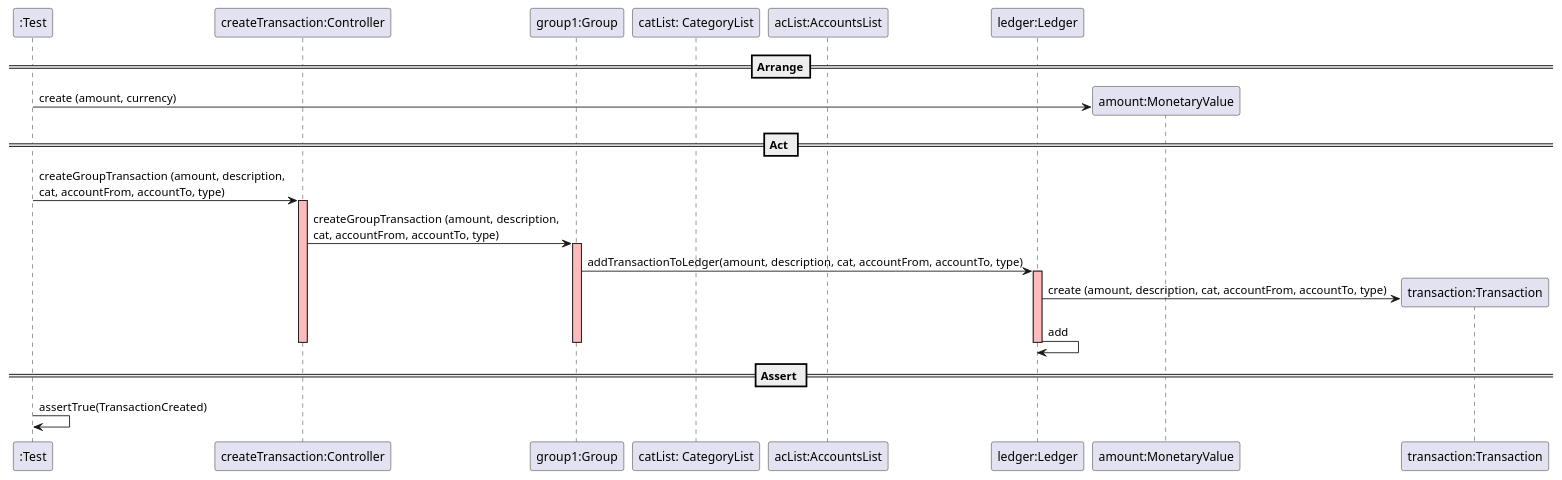
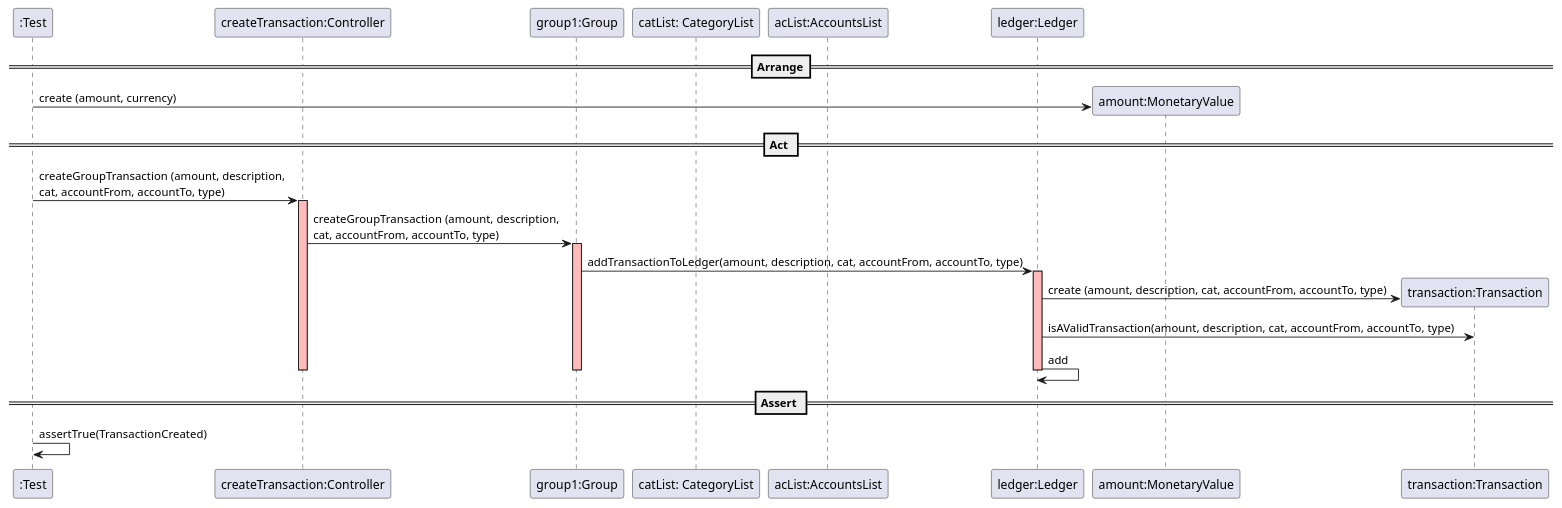
One commit to mleitaoribeiro/DevOpsMaven changed the diagram in docs/SequenceDiagram - US008.1.puml. Above: the diagram before and after it, drawn with PlantUML.

Commit message:
ref #372 - update

```diff
--- a/docs/SequenceDiagram - US008.1.puml
+++ b/docs/SequenceDiagram - US008.1.puml
@@ -2,37 +2,38 @@
 @startuml
 create ":Test"
 
 ==Arrange==
 create "createTransaction:Controller"
 create "group1:Group"
 create "catList: CategoryList"
 create "acList:AccountsList"
 create "ledger:Ledger"
 
 create "amount:MonetaryValue"
 ":Test" -> "amount:MonetaryValue" : create (amount, currency)
 
 == Act ==
 
 ":Test" -> "createTransaction:Controller" : createGroupTransaction (amount, description, \ncat, accountFrom, accountTo, type)
 activate "createTransaction:Controller"  #FFBBBB
 
 "createTransaction:Controller" -> "group1:Group" : createGroupTransaction (amount, description, \ncat, accountFrom, accountTo, type)
 activate "group1:Group"  #FFBBBB
 
 "group1:Group" -> "ledger:Ledger" : addTransactionToLedger(amount, description, cat, accountFrom, accountTo, type)
 activate "ledger:Ledger"  #FFBBBB
 
 create "transaction:Transaction"
 "ledger:Ledger" -> "transaction:Transaction" : create (amount, description, cat, accountFrom, accountTo, type)
+"ledger:Ledger" -> "transaction:Transaction" : isAValidTransaction(amount, description, cat, accountFrom, accountTo, type)
+"ledger:Ledger" -> "ledger:Ledger": add
 
-"ledger:Ledger" -> "ledger:Ledger": add
 deactivate "ledger:Ledger"  #FFBBBB
 deactivate "group1:Group"  #FFBBBB
 deactivate "createTransaction:Controller"  #FFBBBB
 
 == Assert ==
 
 ":Test" -> ":Test" : assertTrue(TransactionCreated)
 
 @enduml
```
